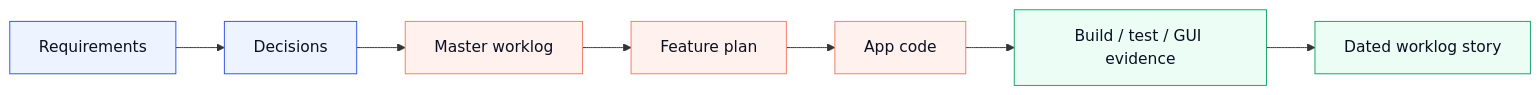
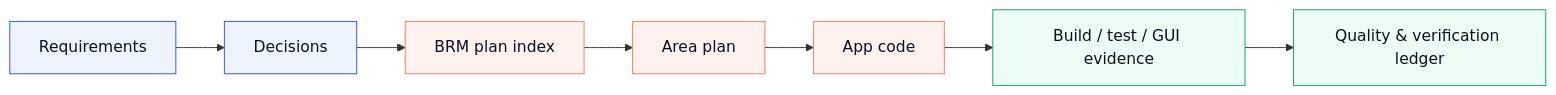
Before and after one commit to Sage2vish/LXC-Build-Release-Manager: the fourth of 4 diagrams in README.md, drawn with Mermaid. The commit also changed other lines of this file and 7 other files, not shown here.

First line of the commit message:
Route every README to the BRM plan index

````diff
--- a/README.md
+++ b/README.md
@@ -202,16 +205,16 @@
 ```mermaid
 flowchart LR
     requirements["Requirements"] --> decisions["Decisions"]
-    decisions --> tracker["Master worklog"]
-    tracker --> plan["Feature plan"]
+    decisions --> tracker["BRM plan index"]
+    tracker --> plan["Area plan"]
     plan --> code["App code"]
     code --> verify["Build / test / GUI evidence"]
-    verify --> story["Dated worklog story"]
+    verify --> story["Quality &amp; verification ledger"]
 
     classDef context fill:#EEF4FF,stroke:#3155E7,color:#0B1020;
     classDef delivery fill:#FFF1EE,stroke:#F27D68,color:#0B1020;
     classDef evidence fill:#ECFDF5,stroke:#16A36A,color:#0B1020;
     class requirements,decisions context;
     class tracker,plan,code delivery;
     class verify,story evidence;
 ```
````
